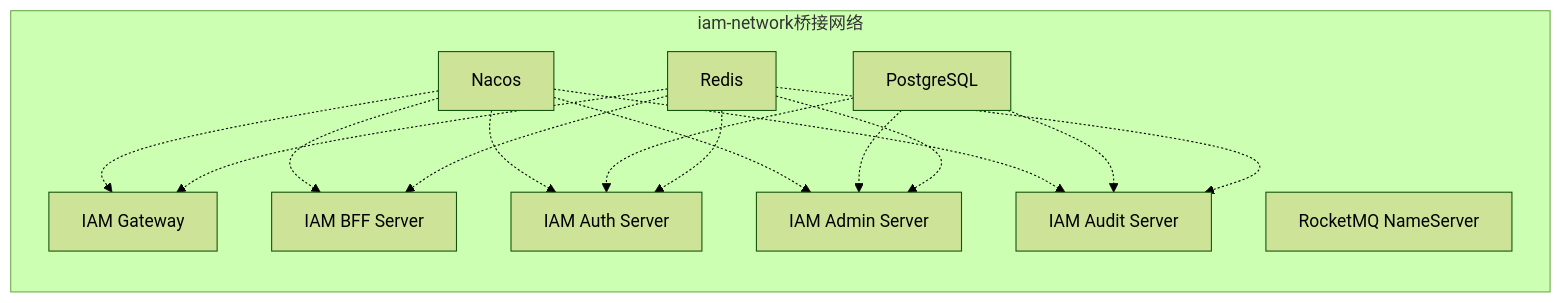
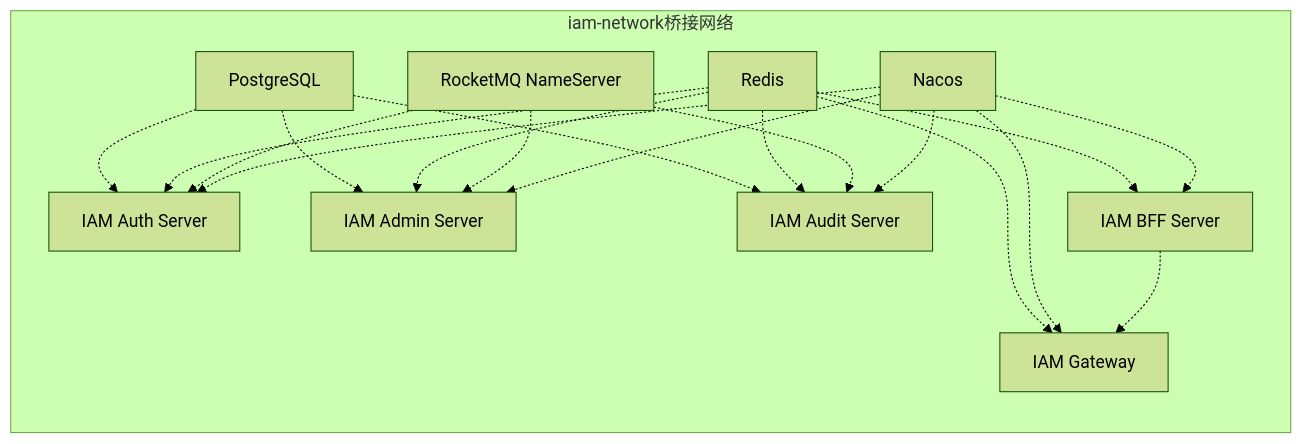
One commit to fq0121104930716/iam-platform changed the ninth of 10 diagrams in .qoder/repowiki/zh/content/部署运维/Docker组合使用指南.md. Above: the diagram before and after it, drawn with Mermaid (forest theme). The commit also changed other lines of this file and 42 other files, not shown here.

````diff
--- a/.qoder/repowiki/zh/content/部署运维/Docker组合使用指南.md
+++ b/.qoder/repowiki/zh/content/部署运维/Docker组合使用指南.md
@@ -358,27 +407,31 @@
 ```mermaid
 graph LR
 subgraph "iam-network桥接网络"
-A[Nacos]
-B[PostgreSQL]
-C[Redis]
-D[RocketMQ NameServer]
-E[IAM Gateway]
-F[IAM BFF Server]
-G[IAM Auth Server]
-H[IAM Admin Server]
-I[IAM Audit Server]
+A[PostgreSQL]
+B[Redis]
+C[RocketMQ NameServer]
+D[Nacos]
+E[IAM Auth Server]
+F[IAM Admin Server]
+G[IAM Audit Server]
+H[IAM BFF Server]
+I[IAM Gateway]
 end
 A -.-> E
 A -.-> F
 A -.-> G
-A -.-> H
-A -.-> I
+B -.-> E
+B -.-> F
 B -.-> G
 B -.-> H
 B -.-> I
 C -.-> E
 C -.-> F
 C -.-> G
-C -.-> H
-C -.-> I
+D -.-> E
+D -.-> F
+D -.-> G
+D -.-> H
+D -.-> I
+H -.-> I
 ```
````
